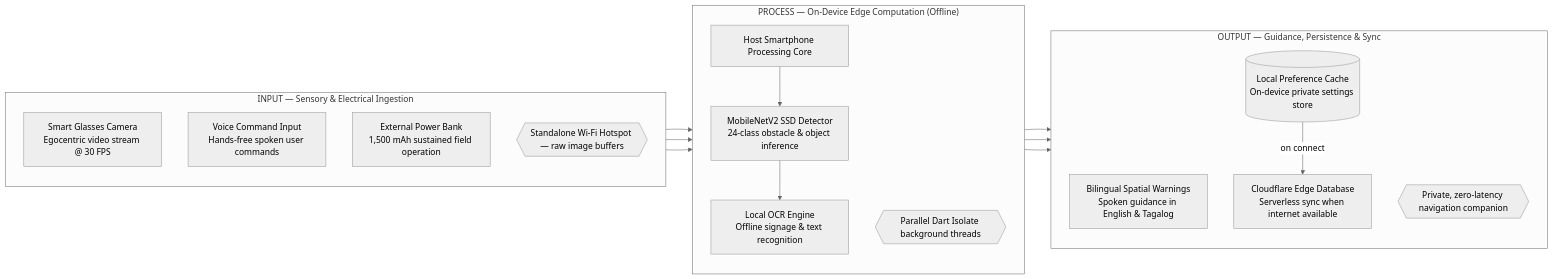
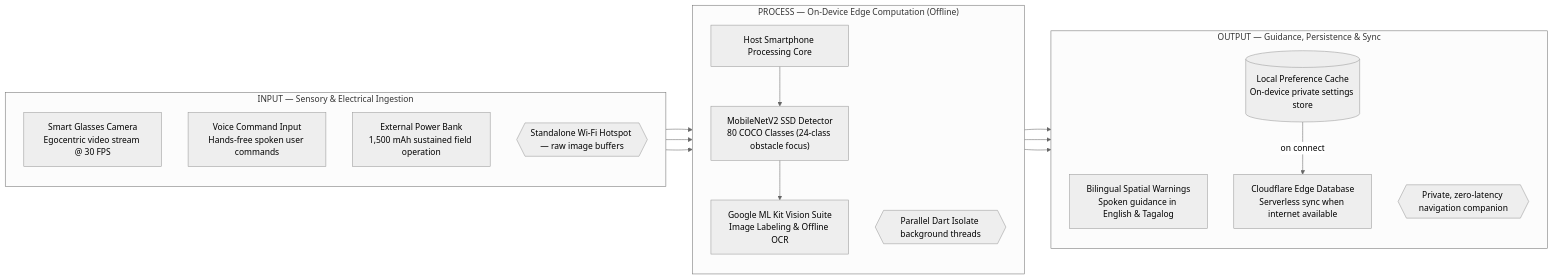
The second of 4 diagrams in docs/architecture/conceptual_framework.md (Thes-IS-IT/Easylens), drawn with Mermaid (neutral theme) before and after one commit. The commit also changed other lines of this file, not shown here.

Commit message:
docs: add Google ML Kit Image Labeling and 80 COCO classes for MobileNetV2 SSD in conceptual framework process stage

````diff
--- a/docs/architecture/conceptual_framework.md
+++ b/docs/architecture/conceptual_framework.md
@@ -48,38 +48,38 @@
 ```mermaid
 flowchart LR
     subgraph INPUT ["INPUT — Sensory & Electrical Ingestion"]
         direction TB
         CAM["Smart Glasses Camera\nEgocentric video stream @ 30 FPS"]
         VOICE["Voice Command Input\nHands-free spoken user commands"]
         PWR["External Power Bank\n1,500 mAh sustained field operation"]
         WIFI_TAG{{"Standalone Wi-Fi Hotspot — raw image buffers"}}
     end
 
     subgraph PROCESS ["PROCESS — On-Device Edge Computation (Offline)"]
         direction TB
         PHONE["Host Smartphone Processing Core"]
-        SSD["MobileNetV2 SSD Detector\n24-class obstacle & object inference"]
-        OCR["Local OCR Engine\nOffline signage & text recognition"]
+        SSD["MobileNetV2 SSD Detector\n80 COCO Classes (24-class obstacle focus)"]
+        MLKIT["Google ML Kit Vision Suite\nImage Labeling & Offline OCR"]
         ISOLATE_TAG{{"Parallel Dart Isolate background threads"}}
         
         PHONE --> SSD
-        SSD --> OCR
+        SSD --> MLKIT
     end
 
     subgraph OUTPUT ["OUTPUT — Guidance, Persistence & Sync"]
         direction TB
         WARN["Bilingual Spatial Warnings\nSpoken guidance in English & Tagalog"]
         CACHE[("Local Preference Cache\nOn-device private settings store")]
         CLOUD["Cloudflare Edge Database\nServerless sync when internet available"]
         COMPANION_TAG{{"Private, zero-latency navigation companion"}}
         
         CACHE -->|"on connect"| CLOUD
     end
 
     CAM --> PHONE
     VOICE --> PHONE
     PWR --> ISOLATE_TAG
     SSD --> WARN
-    OCR --> WARN
+    MLKIT --> WARN
     SSD --> CACHE
 ```
````
